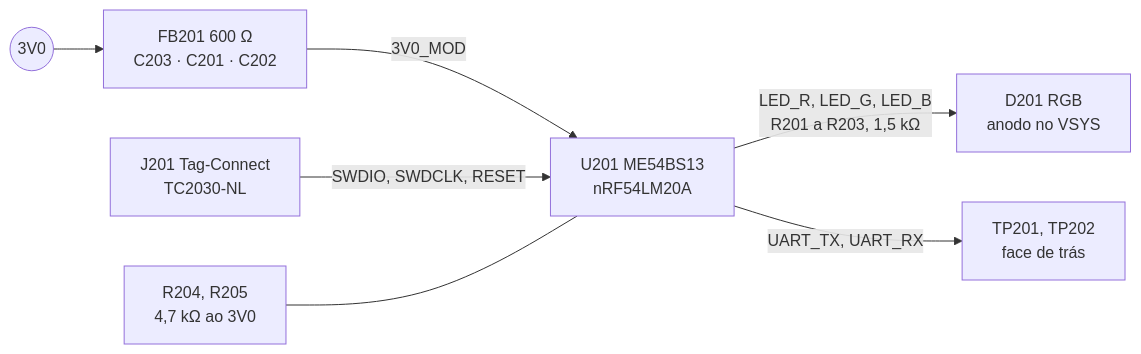
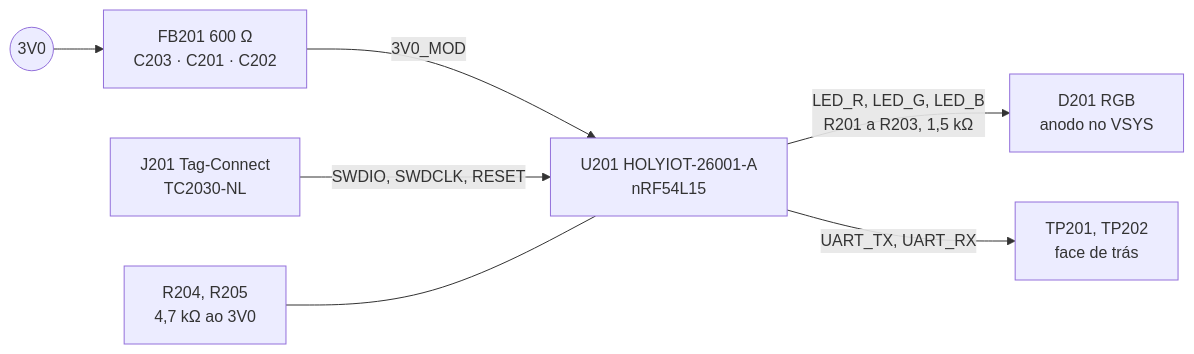
Before and after one commit to Guiimartinho/bike-powermeter: the third of 5 diagrams in hardware_powermeter/02-esquematico.md, drawn with Mermaid. The commit also changed other lines of this file and 14 other files, not shown here.

````diff
--- a/hardware_powermeter/02-esquematico.md
+++ b/hardware_powermeter/02-esquematico.md
@@ -149,10 +149,10 @@
 ```mermaid
 flowchart LR
-    MOD["U201 ME54BS13<br/>nRF54LM20A"]
+    MOD["U201 HOLYIOT-26001-A<br/>nRF54L15"]
     FB["FB201 600 Ω<br/>C203 · C201 · C202"] -->|"3V0_MOD"| MOD
     R3V0(("3V0")) --> FB
     TC["J201 Tag-Connect<br/>TC2030-NL"] -->|"SWDIO, SWDCLK, RESET"| MOD
     MOD -->|"LED_R, LED_G, LED_B<br/>R201 a R203, 1,5 kΩ"| LED["D201 RGB<br/>anodo no VSYS"]
     MOD -->|"UART_TX, UART_RX"| TP["TP201, TP202<br/>face de trás"]
     PU["R204, R205<br/>4,7 kΩ ao 3V0"] --- MOD
 ```
````
